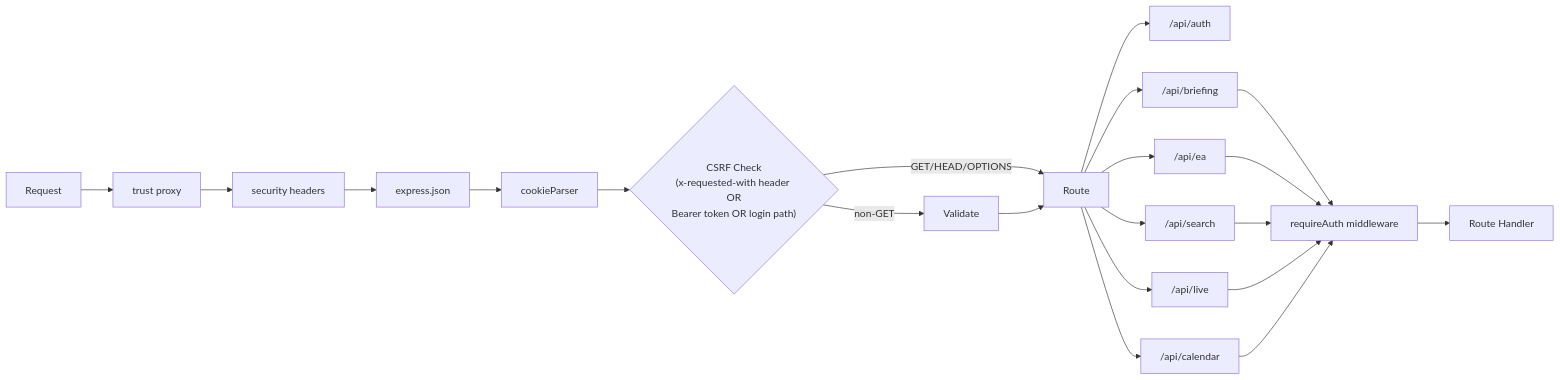
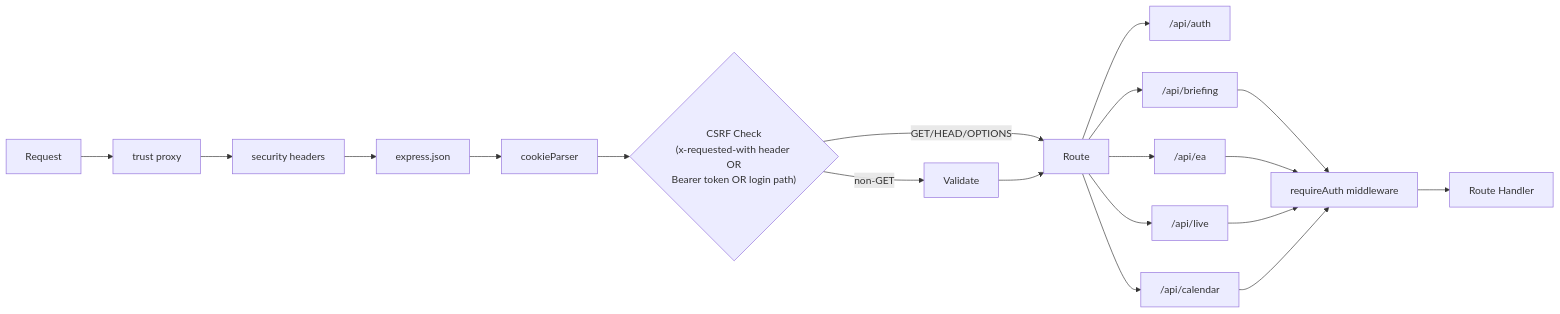
One commit to ansidian/Setpoint changed the fourth of 7 diagrams in ARCHITECTURE.md. Above: the diagram before and after it, drawn with Mermaid. The commit also changed other lines of this file and 87 other files, not shown here.

````diff
--- a/ARCHITECTURE.md
+++ b/ARCHITECTURE.md
@@ -278,25 +275,23 @@
 ```mermaid
 graph LR
     Request --> TP[trust proxy]
     TP --> Sec[security headers]
     Sec --> JSON[express.json]
     JSON --> Cookie[cookieParser]
     Cookie --> CSRF{"CSRF Check\n(x-requested-with header OR\nBearer token OR login path)"}
     CSRF -->|non-GET| Validate
     CSRF -->|GET/HEAD/OPTIONS| Route
     Validate --> Route
 
     Route --> Auth["/api/auth"]
     Route --> Briefing["/api/briefing"]
     Route --> EA["/api/ea"]
-    Route --> Search["/api/search"]
     Route --> Live["/api/live"]
     Route --> Cal["/api/calendar"]
 
     Briefing --> ReqAuth[requireAuth middleware]
     EA --> ReqAuth
-    Search --> ReqAuth
     Live --> ReqAuth
     Cal --> ReqAuth
     ReqAuth --> Handler[Route Handler]
 ```
````
